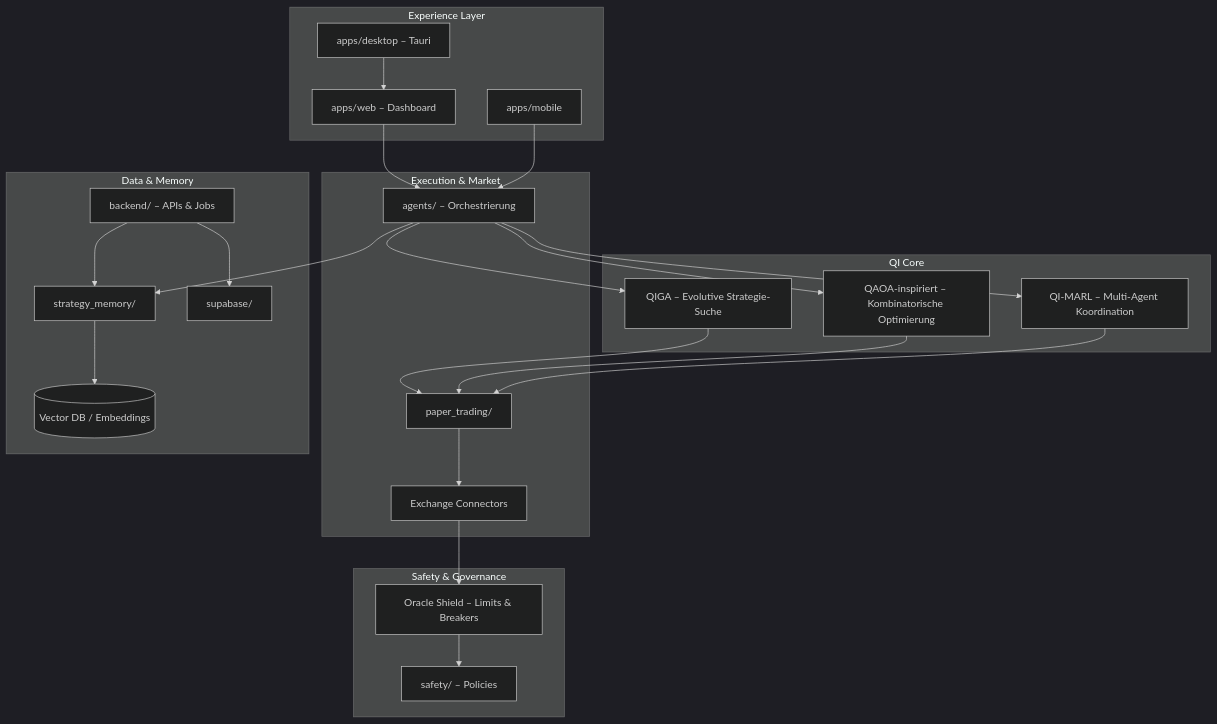
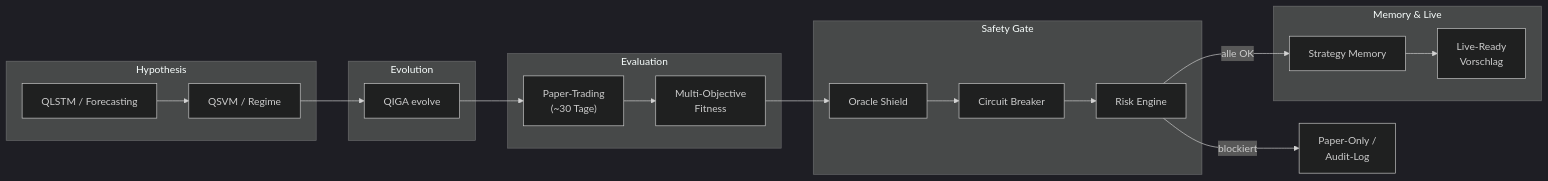
Before and after one commit to macyb27/Aethel_Trader_Gens: the diagram in README.md, drawn with Mermaid (dark theme). The commit also changed other lines of this file, not shown here.

Commit message:
docs: README mit Super-Bot-Vision und vollständigem Mermaid-Loop

````diff
--- a/README.md
+++ b/README.md
@@ -57,53 +22,38 @@
 ```mermaid
-flowchart TB
-  subgraph Experience["Experience Layer"]
-    WEB["apps/web – Dashboard"]
-    MOB["apps/mobile"]
-    DSK["apps/desktop – Tauri"]
+flowchart LR
+  subgraph H["Hypothesis"]
+    QL["QLSTM / Forecasting"]
+    QS["QSVM / Regime"]
   end
 
-  subgraph Intelligence["QI Core"]
-    QIGA["QIGA – Evolutive Strategie-Suche"]
-    QAOA["QAOA-inspiriert – Kombinatorische Optimierung"]
-    MARL["QI-MARL – Multi-Agent Koordination"]
+  subgraph E["Evolution"]
+    QIGA["QIGA evolve"]
   end
 
-  subgraph Execution["Execution & Market"]
-    AGT["agents/ – Orchestrierung"]
-    PAPER["paper_trading/"]
-    CONN["Exchange Connectors"]
+  subgraph P["Evaluation"]
+    PT["Paper-Trading\n(~30 Tage)"]
+    FIT["Multi-Objective\nFitness"]
   end
 
-  subgraph Safety["Safety & Governance"]
-    SHIELD["Oracle Shield – Limits & Breakers"]
-    POL["safety/ – Policies"]
+  subgraph S["Safety Gate"]
+    OS["Oracle Shield"]
+    CB["Circuit Breaker"]
+    RE["Risk Engine"]
   end
 
-  subgraph Data["Data & Memory"]
-    MEM["strategy_memory/"]
-    BE["backend/ – APIs & Jobs"]
-    SB["supabase/"]
-    VDB[("Vector DB / Embeddings")]
+  subgraph M["Memory & Live"]
+    SM["Strategy Memory"]
+    LR["Live-Ready\nVorschlag"]
   end
 
-  WEB --> AGT
-  MOB --> AGT
-  DSK --> WEB
-
-  AGT --> QIGA
-  AGT --> QAOA
-  AGT --> MARL
-
-  QIGA --> PAPER
-  QAOA --> PAPER
-  MARL --> PAPER
-
-  PAPER --> CONN
-  CONN --> SHIELD
-  SHIELD --> POL
-
-  AGT --> MEM
-  BE --> MEM
-  BE --> SB
-  MEM --> VDB
+  QL --> QS
+  QS --> QIGA
+  QIGA --> PT
+  PT --> FIT
+  FIT --> OS
+  OS --> CB
+  CB --> RE
+  RE -->|alle OK| SM
+  SM --> LR
+  RE -->|blockiert| X["Paper-Only /\nAudit-Log"]
 ```
````
